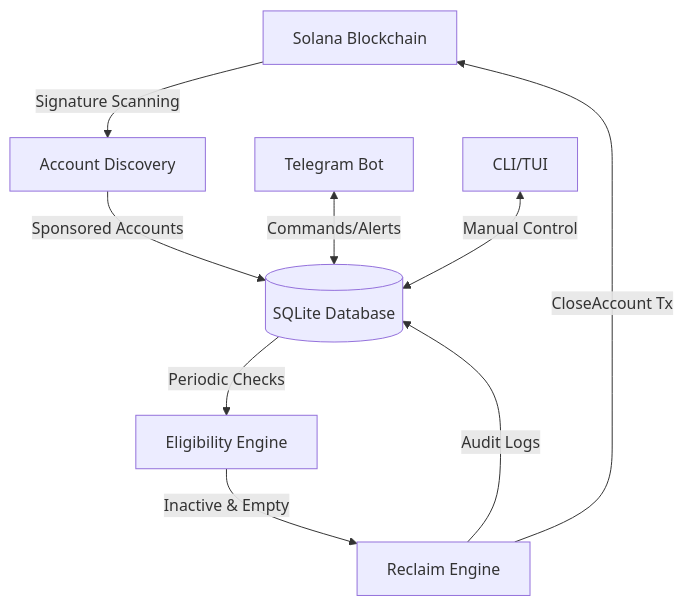
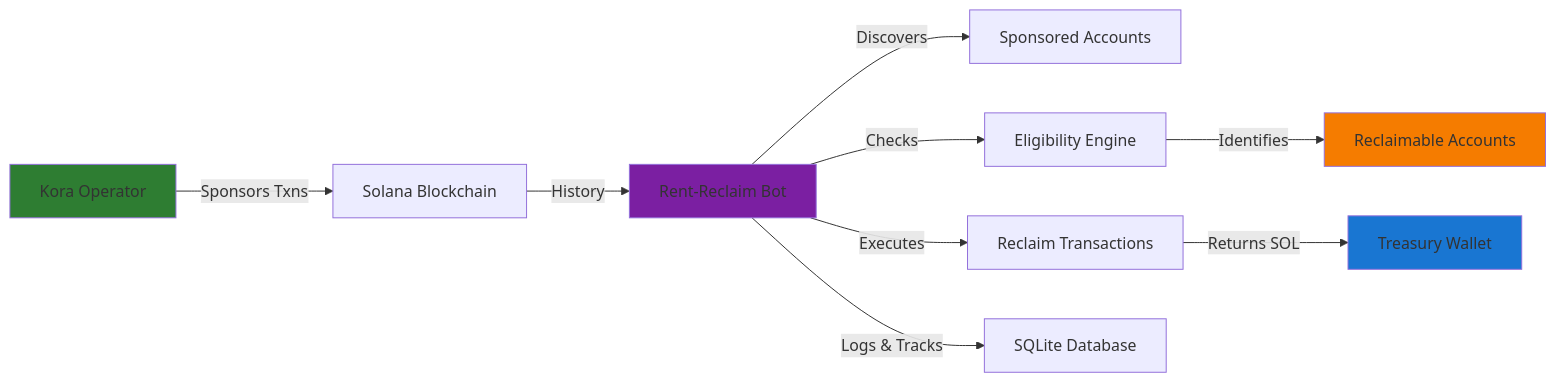
One commit to rainman456/Kora_Tui_Bot changed the first of 9 diagrams in README.md. Above: the diagram before and after it, drawn with Mermaid. The commit also changed other lines of this file and 1 other file, not shown here.

````diff
--- a/README.md
+++ b/README.md
@@ -55,12 +99,16 @@
 ```mermaid
-graph TD
-    A[Solana Blockchain] -->|Signature Scanning| B[Account Discovery]
-    B -->|Sponsored Accounts| C[(SQLite Database)]
-    C -->|Periodic Checks| D[Eligibility Engine]
-    D -->|Inactive & Empty| E[Reclaim Engine]
-    E -->|CloseAccount Tx| A
-    E -->|Audit Logs| C
+graph LR
+    A["Kora Operator"] -->|"Sponsors Txns"| B["Solana Blockchain"]
+    B -->|"History"| C["Rent-Reclaim Bot"]
+    C -->|"Discovers"| D["Sponsored Accounts"]
+    C -->|"Checks"| E["Eligibility Engine"]
+    E -->|"Identifies"| F["Reclaimable Accounts"]
+    C -->|"Executes"| G["Reclaim Transactions"]
+    G -->|"Returns SOL"| H["Treasury Wallet"]
+    C -->|"Logs & Tracks"| I["SQLite Database"]
     
-    F[Telegram Bot] <-->|Commands/Alerts| C
-    G[CLI/TUI] <-->|Manual Control| C
+    style A fill:#2E7D32
+    style H fill:#1976D2
+    style F fill:#F57C00
+    style C fill:#7B1FA2
 ```
````
